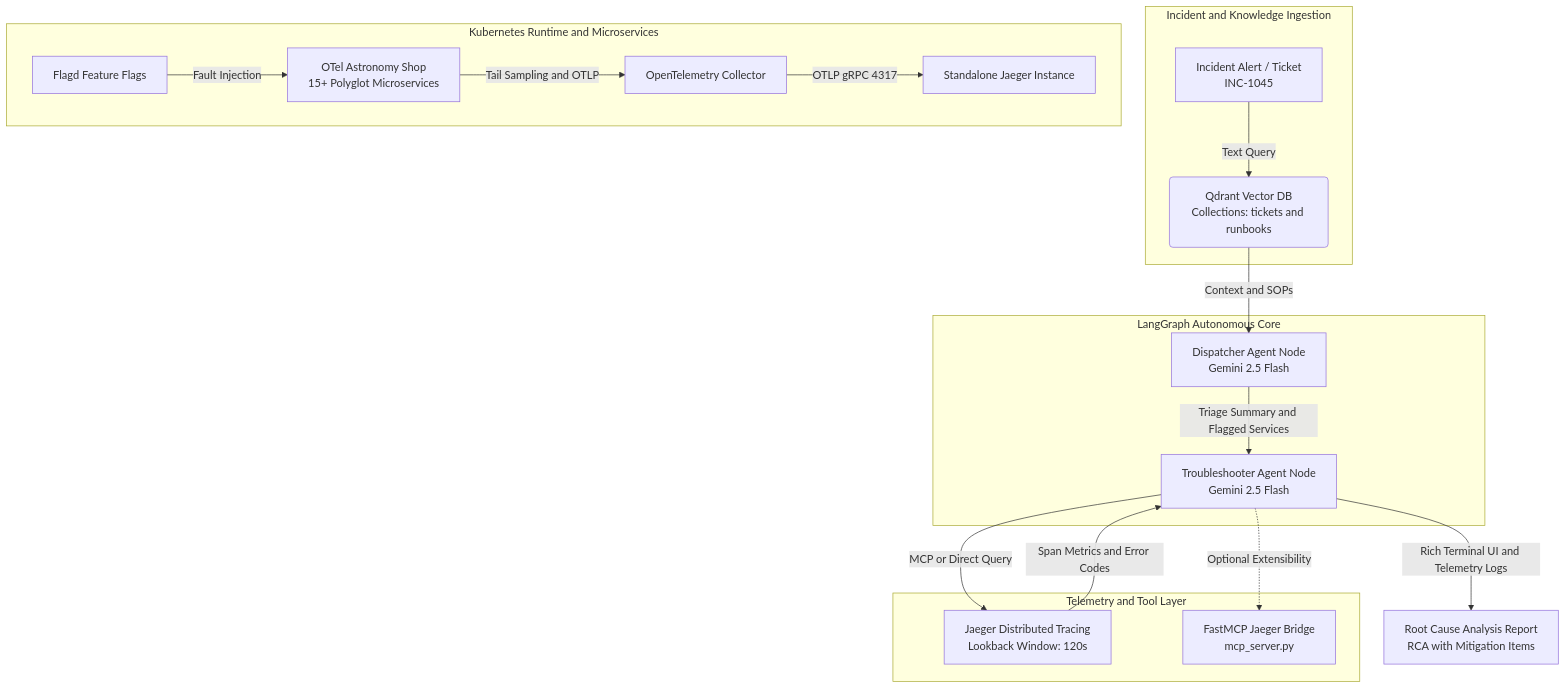
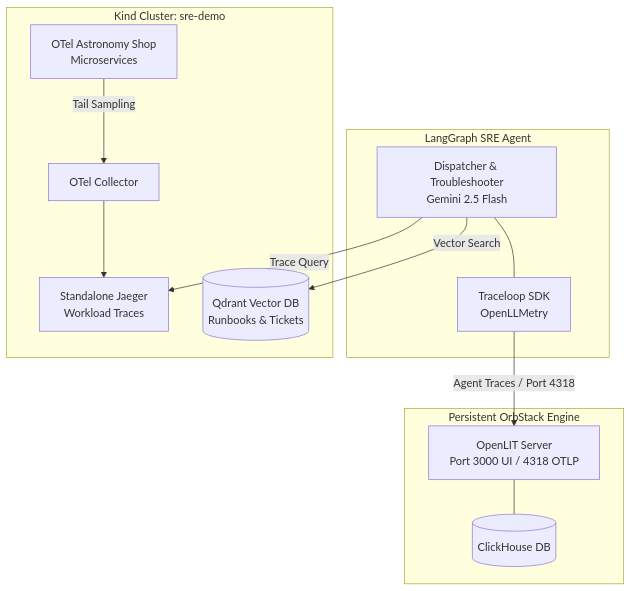
The diagram in README.md (hbill75/observe-sre-triage-agent), drawn with Mermaid before and after one commit. The commit also changed other lines of this file and 3 other files, not shown here.

Commit message:
docs: finalize setup flow, copy blocks, and OpenLIT architecture

````diff
--- a/README.md
+++ b/README.md
@@ -39,25 +41,22 @@
 ```mermaid
 flowchart TD
-    subgraph Control_Plane ["Incident and Knowledge Ingestion"]
-        A["Incident Alert / Ticket<br>INC-1045"] -->|Text Query| B("Qdrant Vector DB<br>Collections: tickets and runbooks")
+    subgraph Persistent_Control_Plane [Persistent OrbStack Engine]
+        OL[OpenLIT Server<br>Port 3000 UI / 4318 OTLP]
+        CH[(ClickHouse DB)]
+        OL --- CH
     end
 
-    subgraph Agent_Orchestrator ["LangGraph Autonomous Core"]
-        B -->|Context and SOPs| C["Dispatcher Agent Node<br>Gemini 2.5 Flash"]
-        C -->|Triage Summary and Flagged Services| D["Troubleshooter Agent Node<br>Gemini 2.5 Flash"]
+    subgraph Agent_Runtime [LangGraph SRE Agent]
+        TL[Traceloop SDK<br>OpenLLMetry] -->|Agent Traces / Port 4318| OL
+        AG[Dispatcher & Troubleshooter<br>Gemini 2.5 Flash] --- TL
     end
 
-    subgraph Telemetry_Fabric ["Telemetry and Tool Layer"]
-        D -->|MCP or Direct Query| E["Jaeger Distributed Tracing<br>Lookback Window: 120s"]
-        D -.->|Optional Extensibility| F["FastMCP Jaeger Bridge<br>mcp_server.py"]
-        E -->|Span Metrics and Error Codes| D
+    subgraph Ephemeral_Cluster [Kind Cluster: sre-demo]
+        QD[(Qdrant Vector DB<br>Runbooks & Tickets)]
+        APP[OTel Astronomy Shop<br>Microservices] -->|Tail Sampling| COL[OTel Collector]
+        COL --> JG[Standalone Jaeger<br>Workload Traces]
     end
 
-    subgraph Infrastructure ["Kubernetes Runtime and Microservices"]
-        G["OTel Astronomy Shop<br>15+ Polyglot Microservices"] -->|Tail Sampling and OTLP| H["OpenTelemetry Collector"]
-        H -->|OTLP gRPC 4317| I["Standalone Jaeger Instance"]
-        J["Flagd Feature Flags"] -->|Fault Injection| G
-    end
-
-    D -->|Rich Terminal UI and Telemetry Logs| K["Root Cause Analysis Report<br>RCA with Mitigation Items"]
+    AG -->|Vector Search| QD
+    AG -->|Trace Query| JG
 ```
````
